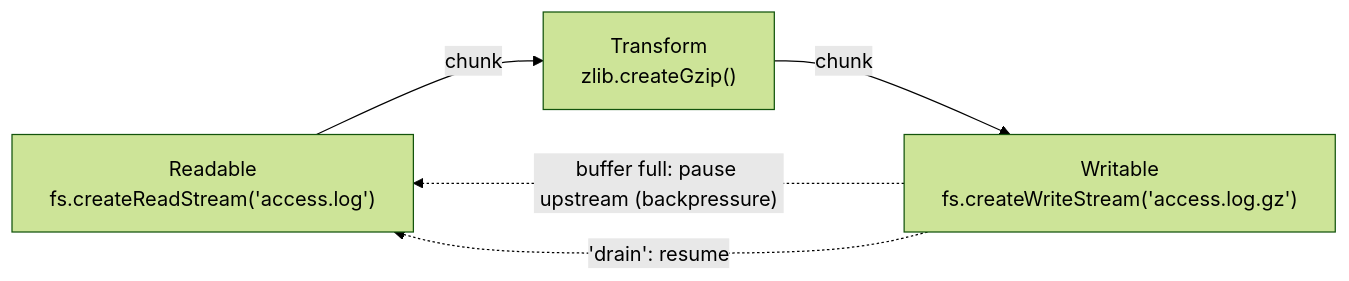
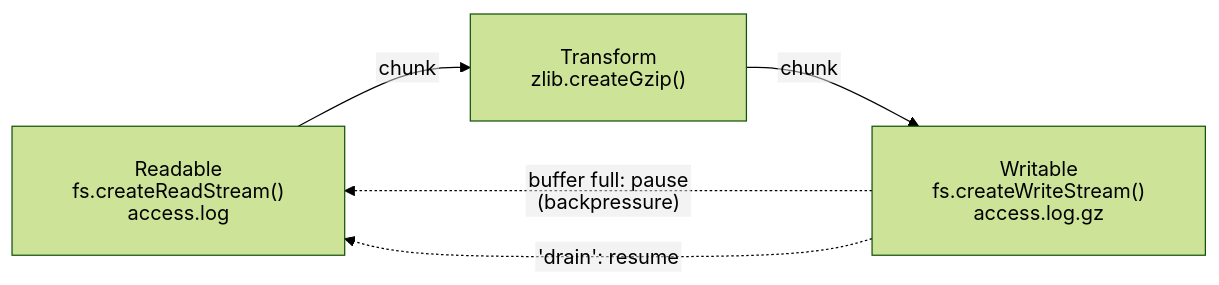
One commit to renatolinsdigital/nodejs-quickstart changed diagram 12 of 26 in README.md. Above: the diagram before and after it, drawn with Mermaid (forest theme). The commit also changed other lines of this file, not shown here.

First line of the commit message:
renames guide to Understanding Node.js Well and fixes clipped diagram labels

````diff
--- a/README.md
+++ b/README.md
@@ -1194,7 +1203,8 @@
 ```mermaid
+%%{init: {"htmlLabels": false, "flowchart": {"htmlLabels": false, "wrappingWidth": 400, "padding": 24}}}%%
 flowchart LR
-    R["Readable<br/>fs.createReadStream('access.log')"] -- "chunk" --> T["Transform<br/>zlib.createGzip()"]
-    T -- "chunk" --> W["Writable<br/>fs.createWriteStream('access.log.gz')"]
-    W -. "buffer full: pause upstream (backpressure)" .-> R
+    R["Readable<br/>fs.createReadStream()<br/>access.log"] -- "chunk" --> T["Transform<br/>zlib.createGzip()"]
+    T -- "chunk" --> W["Writable<br/>fs.createWriteStream()<br/>access.log.gz"]
+    W -. "buffer full: pause<br/>(backpressure)" .-> R
     W -. "'drain': resume" .-> R
 ```
````
